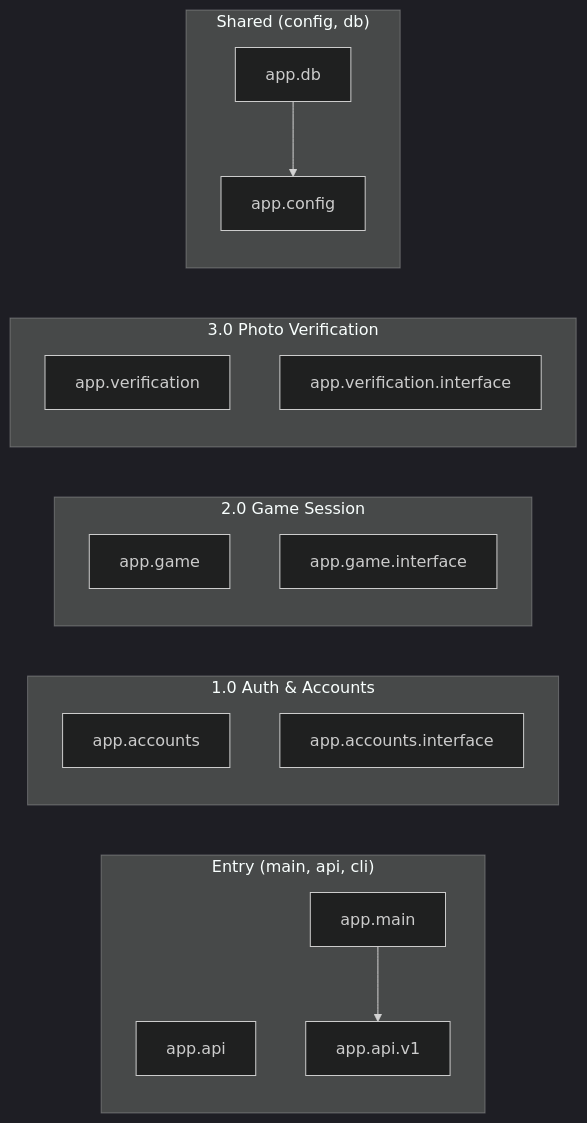
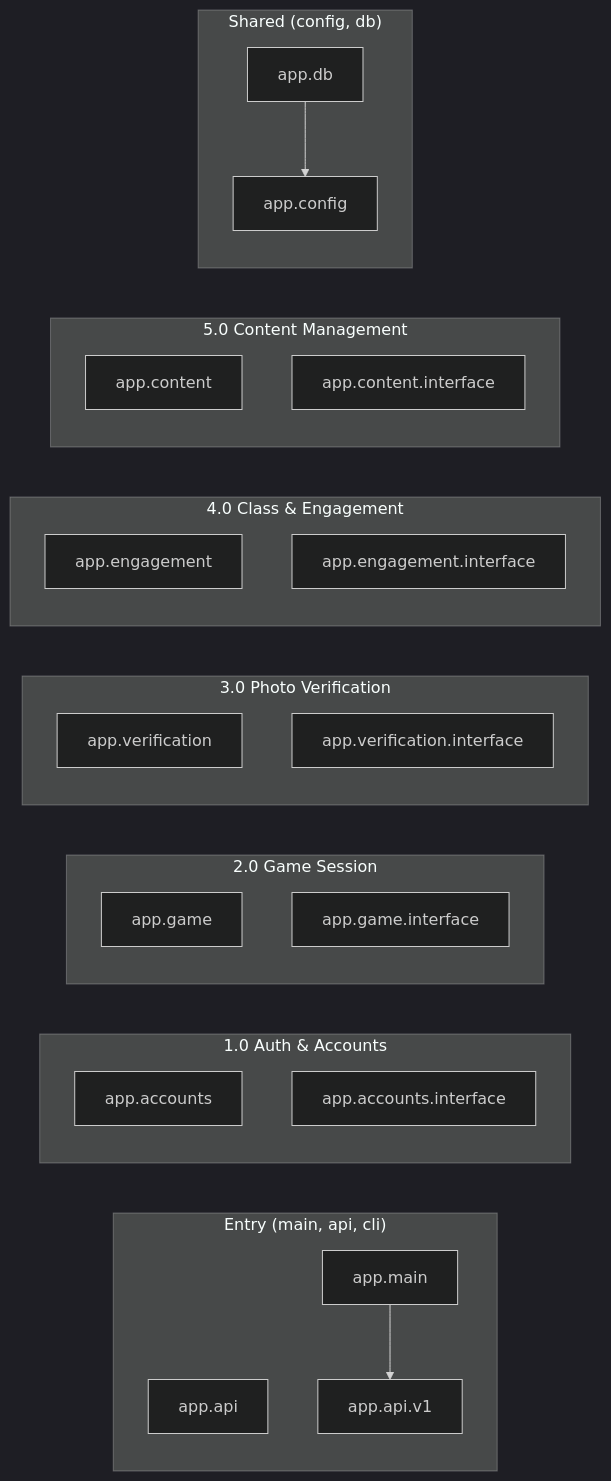
Before and after one commit to COSC-499-W2026/capstone-project-team-12: the diagram in docs/architecture/dependency-graph.md, drawn with Mermaid (dark theme). The commit also changed other lines of this file and 5 other files, not shown here.

First line of the commit message:
chore: add engagement and content packages

````diff
--- a/docs/architecture/dependency-graph.md
+++ b/docs/architecture/dependency-graph.md
@@ -7,26 +7,34 @@
 ```mermaid
 flowchart LR
   subgraph entry["Entry (main, api, cli)"]
     app_api["app.api"]
     app_api_v1["app.api.v1"]
     app_main["app.main"]
   end
   subgraph accounts["1.0 Auth & Accounts"]
     app_accounts["app.accounts"]
     app_accounts_interface["app.accounts.interface"]
   end
   subgraph game["2.0 Game Session"]
     app_game["app.game"]
     app_game_interface["app.game.interface"]
   end
   subgraph verification["3.0 Photo Verification"]
     app_verification["app.verification"]
     app_verification_interface["app.verification.interface"]
   end
+  subgraph engagement["4.0 Class & Engagement"]
+    app_engagement["app.engagement"]
+    app_engagement_interface["app.engagement.interface"]
+  end
+  subgraph content["5.0 Content Management"]
+    app_content["app.content"]
+    app_content_interface["app.content.interface"]
+  end
   subgraph core["Shared (config, db)"]
     app_config["app.config"]
     app_db["app.db"]
   end
   app_db --> app_config
   app_main --> app_api_v1
 ```
````
